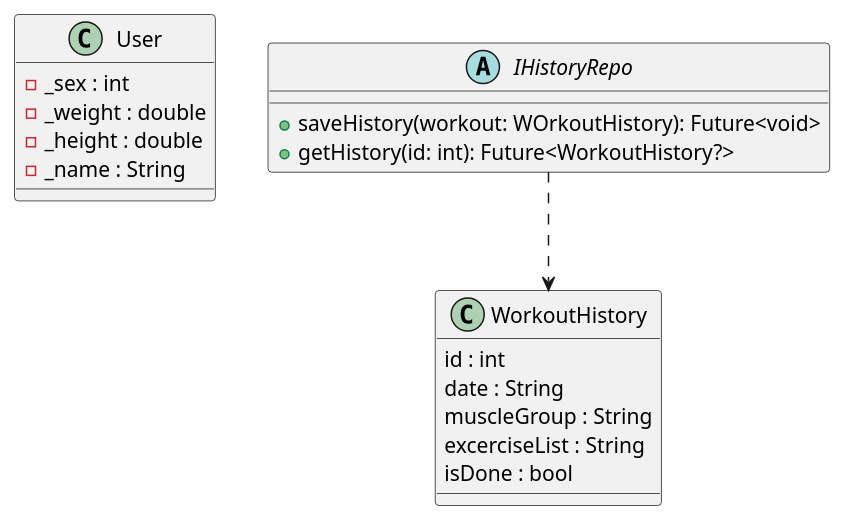
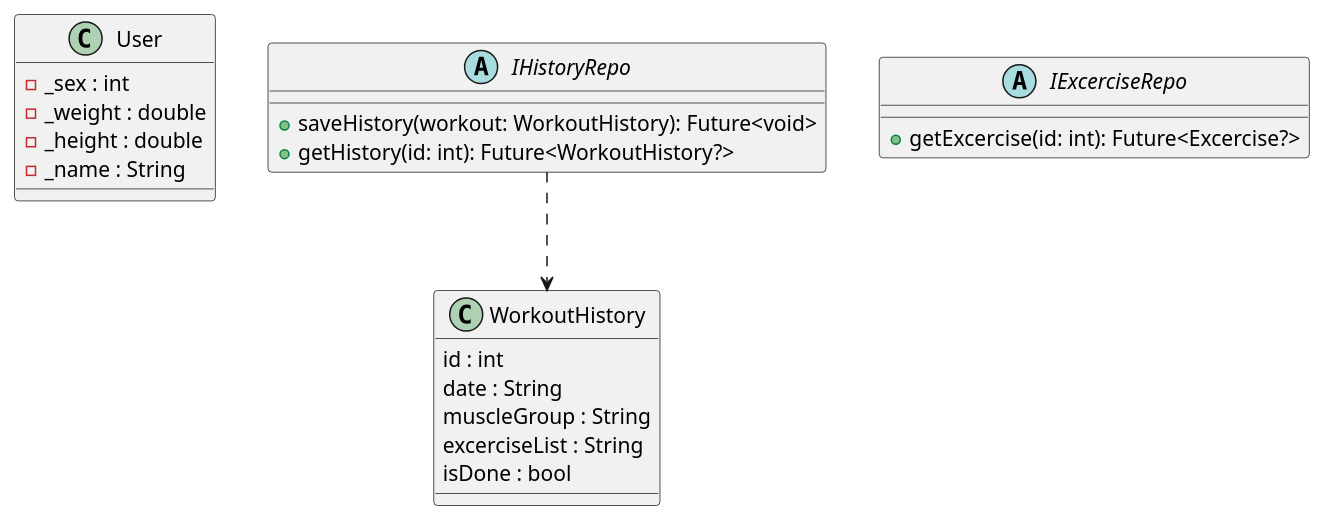
Before and after one commit to KATTSS/Workout_planner: the diagram in user_workout.puml, drawn with PlantUML. The commit also changed 10 other files, not shown here.

```diff
--- a/user_workout.puml
+++ b/user_workout.puml
@@ -1,25 +1,29 @@
 @startuml UserWorkout
 
 class User {
     - _sex : int 
     - _weight : double 
     - _height : double 
     - _name : String 
 }
 
 class WorkoutHistory {
     id : int
     date : String 
     muscleGroup : String
     excerciseList : String
     isDone : bool 
 }
 
 abstract class IHistoryRepo {
-    + saveHistory(workout: WOrkoutHistory): Future<void>
+    + saveHistory(workout: WorkoutHistory): Future<void>
     + getHistory(id: int): Future<WorkoutHistory?>
+}
+
+abstract class IExcerciseRepo {
+    + getExcercise(id: int): Future<Excercise?>
 }
 
 IHistoryRepo ..> WorkoutHistory
 
 @enduml
```
